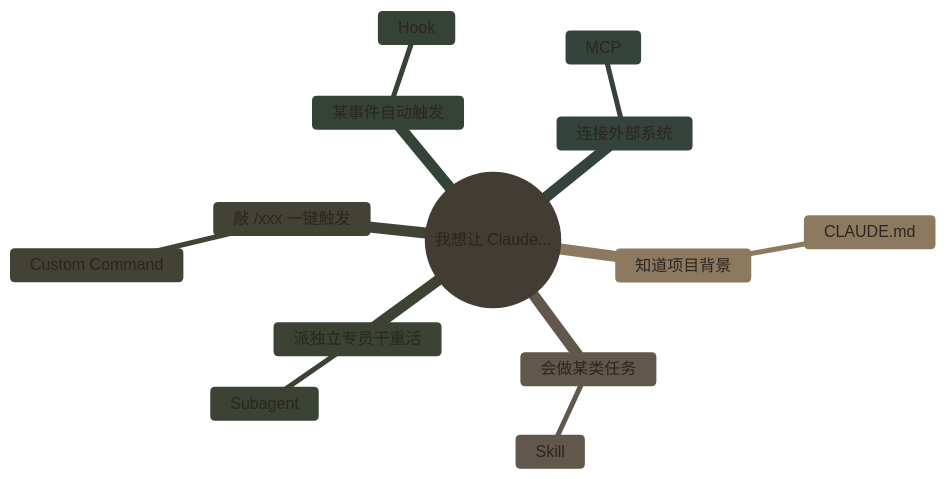
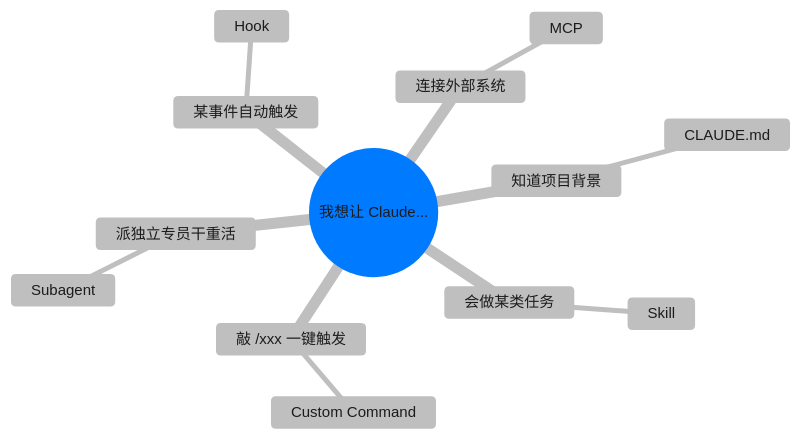
Before and after one commit to mali9527/claude-code-full-guide-for-beginners: the second of 3 diagrams in archive/experiments/mindmap-palette-compare.md, drawn with Mermaid. The commit also changed other lines of this file, not shown here.

First line of the commit message:
experiment: 改做 MindNode 风 mindmap 三组尝试

````diff
--- a/archive/experiments/mindmap-palette-compare.md
+++ b/archive/experiments/mindmap-palette-compare.md
@@ -133,28 +40,35 @@
 ```mermaid
 ---
 config:
   theme: base
   themeVariables:
-    primaryColor: "#8B7D6B"
-    primaryBorderColor: "#4A4238"
-    primaryTextColor: "#2C2620"
-    lineColor: "#6B5F52"
-    secondaryColor: "#C4B8A8"
-    tertiaryColor: "#A39788"
-    fontFamily: "'PingFang SC','Helvetica Neue','Hiragino Sans GB',sans-serif"
+    primaryColor: "#FFFFFF"
+    primaryBorderColor: "#1C1C1E"
+    primaryTextColor: "#1C1C1E"
+    lineColor: "#C7C7CC"
+    fontFamily: "-apple-system, 'SF Pro Text', 'PingFang SC', 'Helvetica Neue', sans-serif"
+    fontSize: "15px"
+    git0: "#007AFF"
+    git1: "#34C759"
+    git2: "#FF9500"
+    git3: "#AF52DE"
+    git4: "#FF3B30"
+    git5: "#5AC8FA"
+    git6: "#FFCC00"
+    git7: "#FF2D55"
 ---
 mindmap
   root((我想让 Claude...))
     知道项目背景
       CLAUDE.md
     会做某类任务
       Skill
     敲 /xxx 一键触发
       Custom Command
     派独立专员干重活
       Subagent
     某事件自动触发
       Hook
     连接外部系统
       MCP
 ```
````
